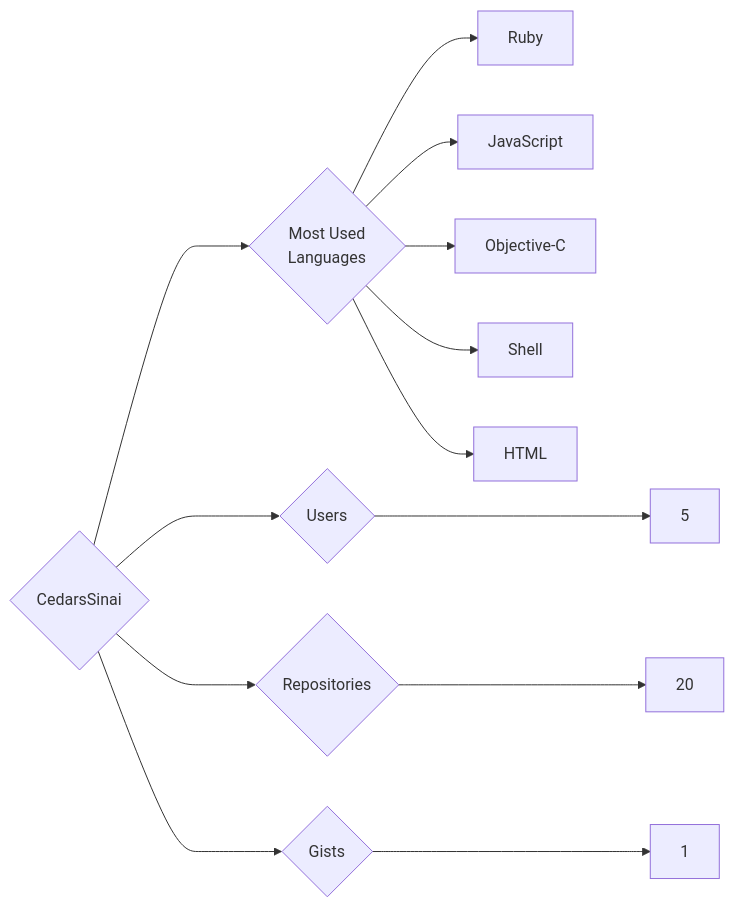
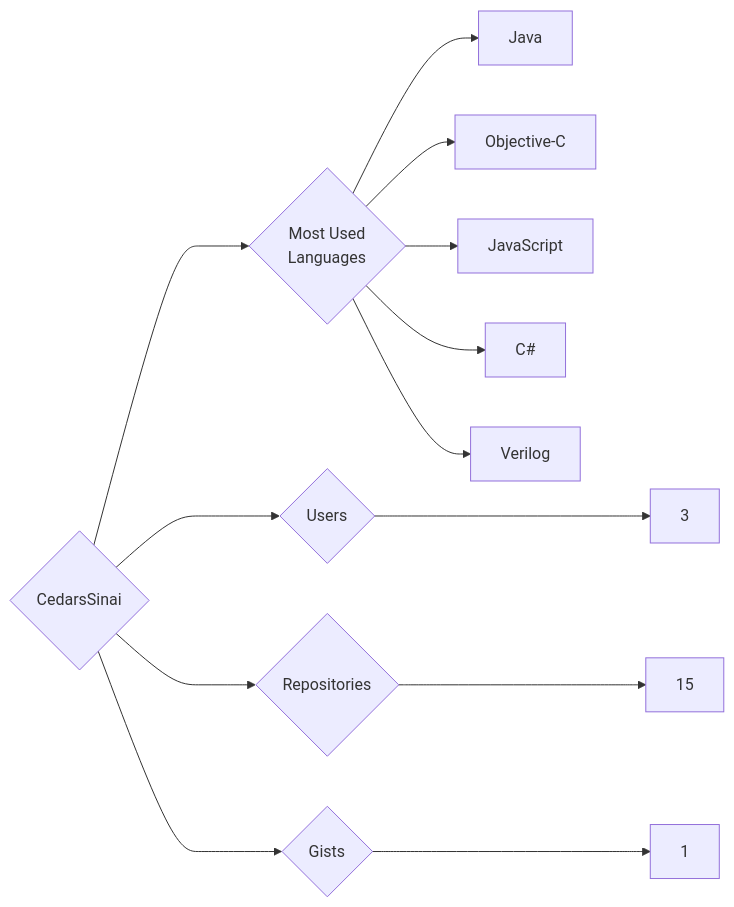
One commit to trickest/insiders changed the diagram in targets/CedarsSinai/README.md. Above: the diagram before and after it, drawn with Mermaid. The commit also changed 1007 other files, not shown here.

````diff
--- a/targets/CedarsSinai/README.md
+++ b/targets/CedarsSinai/README.md
@@ -3,13 +3,13 @@
 ```mermaid
 graph LR
 COMPANY_NAME{CedarsSinai}
-COMPANY_NAME ---> U{Users} ---> UN[5]
-COMPANY_NAME ---> R{Repositories} ---> RN[20]
+COMPANY_NAME ---> U{Users} ---> UN[3]
+COMPANY_NAME ---> R{Repositories} ---> RN[15]
 COMPANY_NAME ---> G{Gists} ---> GN[1]
 COMPANY_NAME ---> ML{Most Used<br>Languages}
-ML --> Ruby[Ruby]
+ML --> Java[Java]
+ML --> Objective-C[Objective-C]
 ML --> JavaScript[JavaScript]
-ML --> Objective-C[Objective-C]
-ML --> Shell[Shell]
-ML --> HTML[HTML]
+ML --> C#[C#]
+ML --> Verilog[Verilog]
 ```
````
